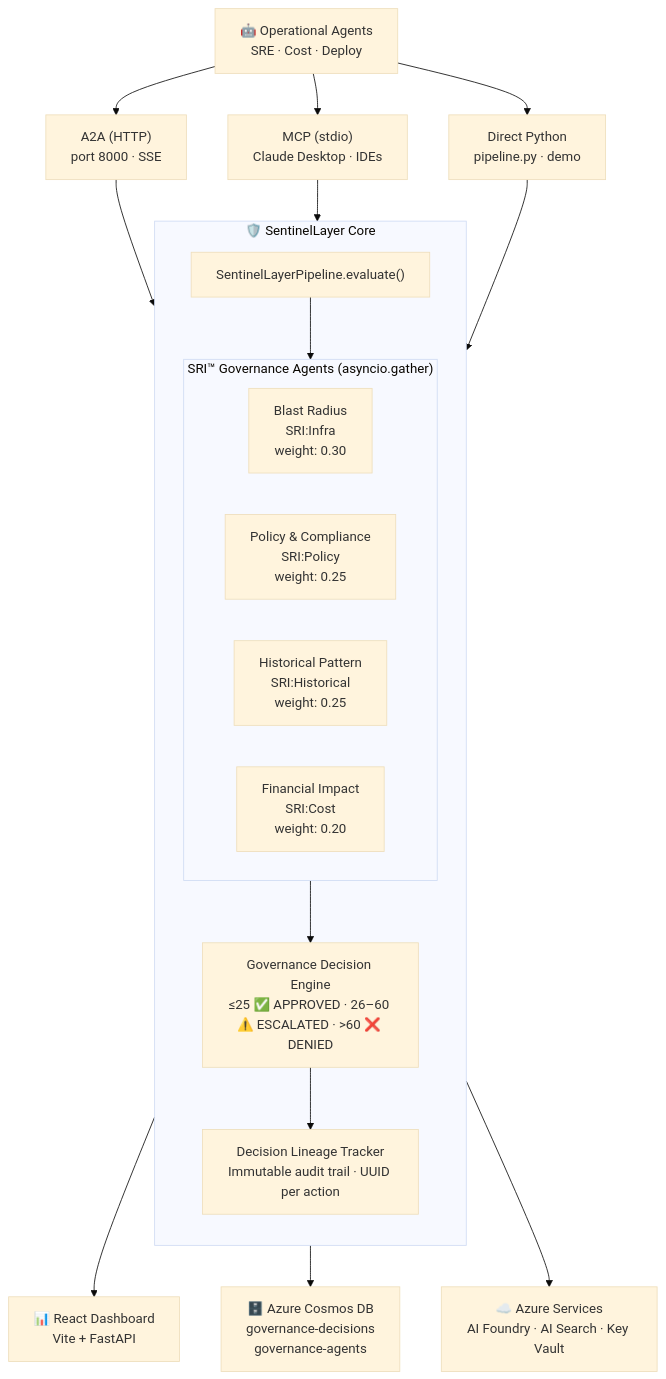
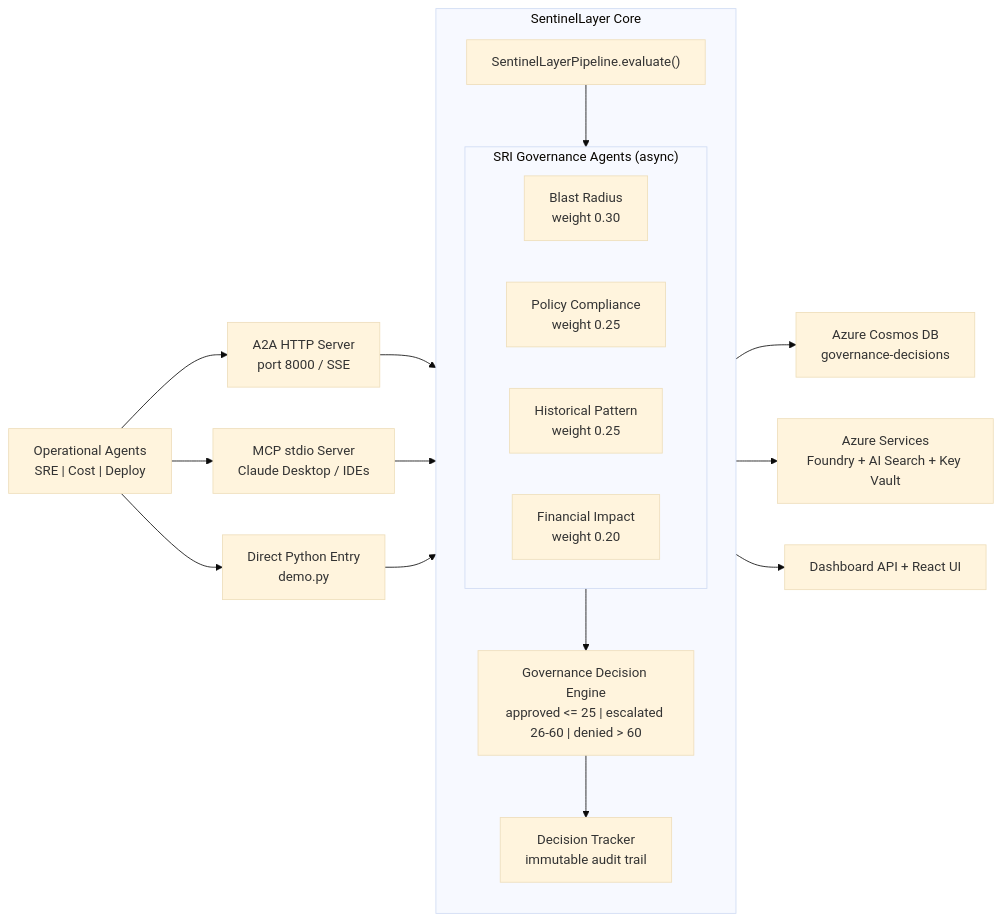
Before and after one commit to psc0des/sentinellayer: the diagram in README.md, drawn with Mermaid (base theme).

Commit message:
docs: switch architecture diagram to Mermaid flowchart LR
Replace ASCII diagram with a Mermaid flowchart (left-to-right layout)
showing all three entry paths, parallel SRI agents with weights, the
governance decision engine with thresholds, and downstream outputs
(Cosmos DB, Azure Services, React Dashboard).

````diff
--- a/README.md
+++ b/README.md
@@ -69,29 +69,36 @@
 ```mermaid
-flowchart TD
-    OPS["🤖 Operational Agents\nSRE · Cost · Deploy"] --> A2A["A2A (HTTP)\nport 8000 · SSE"]
-    OPS --> MCP["MCP (stdio)\nClaude Desktop · IDEs"]
-    OPS --> PY["Direct Python\npipeline.py · demo"]
+flowchart LR
+    OPS["Operational Agents<br/>SRE | Cost | Deploy"]
+    A2A["A2A HTTP Server<br/>port 8000 / SSE"]
+    MCP["MCP stdio Server<br/>Claude Desktop / IDEs"]
+    PY["Direct Python Entry<br/>demo.py"]
 
-    A2A --> CORE
-    MCP --> CORE
-    PY --> CORE
+    OPS --> A2A
+    OPS --> MCP
+    OPS --> PY
 
-    subgraph CORE["🛡️ SentinelLayer Core"]
+    subgraph CORE["SentinelLayer Core"]
         direction TB
-        EVAL["SentinelLayerPipeline.evaluate()"]
-        EVAL --> AGENTS
-        subgraph AGENTS["SRI™ Governance Agents (asyncio.gather)"]
+        PIPE["SentinelLayerPipeline.evaluate()"]
+
+        subgraph GOV["SRI Governance Agents (async)"]
             direction LR
-            BR["Blast Radius\nSRI:Infra\nweight: 0.30"]
-            POL["Policy & Compliance\nSRI:Policy\nweight: 0.25"]
-            HIST["Historical Pattern\nSRI:Historical\nweight: 0.25"]
-            FIN["Financial Impact\nSRI:Cost\nweight: 0.20"]
+            BR["Blast Radius<br/>weight 0.30"]
+            POL["Policy Compliance<br/>weight 0.25"]
+            HIST["Historical Pattern<br/>weight 0.25"]
+            FIN["Financial Impact<br/>weight 0.20"]
         end
-        AGENTS --> ENGINE["Governance Decision Engine\n≤25 ✅ APPROVED · 26–60 ⚠️ ESCALATED · >60 ❌ DENIED"]
-        ENGINE --> TRACKER["Decision Lineage Tracker\nImmutable audit trail · UUID per action"]
+
+        PIPE --> GOV
+        GOV --> ENGINE["Governance Decision Engine<br/>approved <= 25 | escalated 26-60 | denied > 60"]
+        ENGINE --> TRACKER["Decision Tracker<br/>immutable audit trail"]
     end
 
-    TRACKER --> DASH["📊 React Dashboard\nVite + FastAPI"]
-    TRACKER --> COSMOS["🗄️ Azure Cosmos DB\ngovernance-decisions\ngovernance-agents"]
-    TRACKER --> AZURE["☁️ Azure Services\nAI Foundry · AI Search · Key Vault"]
+    A2A --> PIPE
+    MCP --> PIPE
+    PY --> PIPE
+
+    TRACKER --> COSMOS["Azure Cosmos DB<br/>governance-decisions"]
+    TRACKER --> AZURE["Azure Services<br/>Foundry + AI Search + Key Vault"]
+    TRACKER --> DASH["Dashboard API + React UI"]
 ```
````
